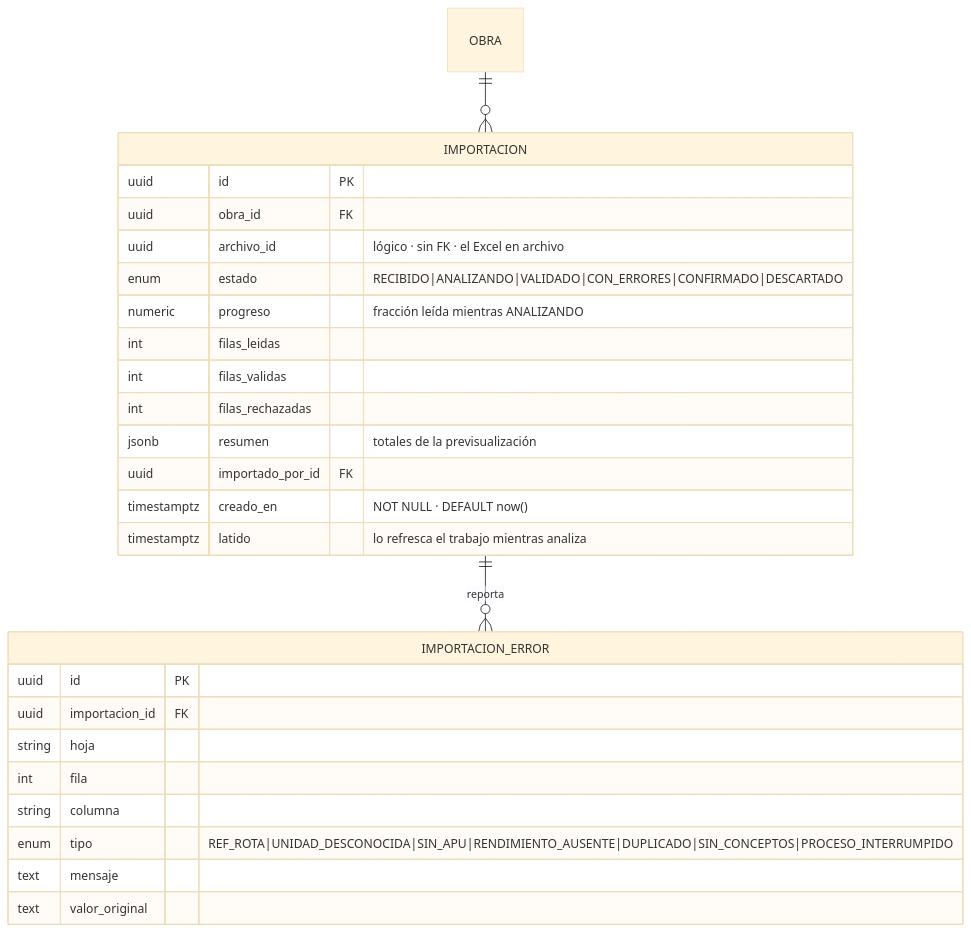
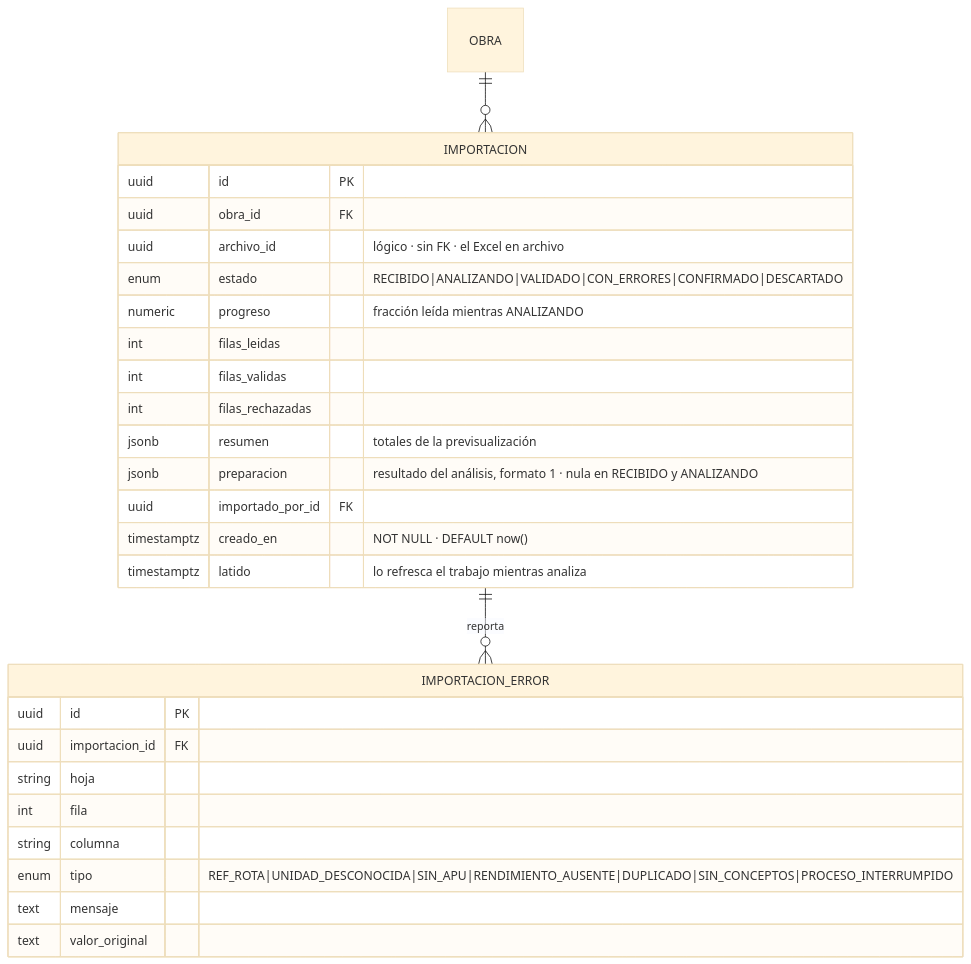
One commit to FranciscoRodSilva/IA4Devs-Proyecto-Final changed diagram 11 of 18 in docs/03-modelo-datos.md. Above: the diagram before and after it, drawn with Mermaid (base theme). The commit also changed other lines of this file and 37 other files, not shown here.

First line of the commit message:
TKT-015a · clasificación, preparación jsonb y análisis síncrono

````diff
--- a/docs/03-modelo-datos.md
+++ b/docs/03-modelo-datos.md
@@ -1011,30 +1011,31 @@
 ```mermaid
 erDiagram
     IMPORTACION ||--o{ IMPORTACION_ERROR : "reporta"
     OBRA ||--o{ IMPORTACION : ""
 
     IMPORTACION {
         uuid id PK
         uuid obra_id FK
         uuid archivo_id "lógico · sin FK · el Excel en archivo"
         enum estado "RECIBIDO|ANALIZANDO|VALIDADO|CON_ERRORES|CONFIRMADO|DESCARTADO"
         numeric progreso "fracción leída mientras ANALIZANDO"
         int filas_leidas
         int filas_validas
         int filas_rechazadas
         jsonb resumen "totales de la previsualización"
+        jsonb preparacion "resultado del análisis, formato 1 · nula en RECIBIDO y ANALIZANDO"
         uuid importado_por_id FK
         timestamptz creado_en "NOT NULL · DEFAULT now()"
         timestamptz latido "lo refresca el trabajo mientras analiza"
     }
     IMPORTACION_ERROR {
         uuid id PK
         uuid importacion_id FK
         string hoja
         int fila
         string columna
         enum tipo "REF_ROTA|UNIDAD_DESCONOCIDA|SIN_APU|RENDIMIENTO_AUSENTE|DUPLICADO|SIN_CONCEPTOS|PROCESO_INTERRUMPIDO"
         text mensaje
         text valor_original
     }
 ```
````
